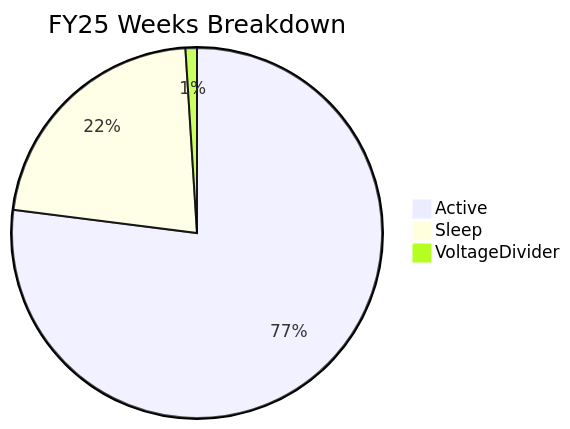
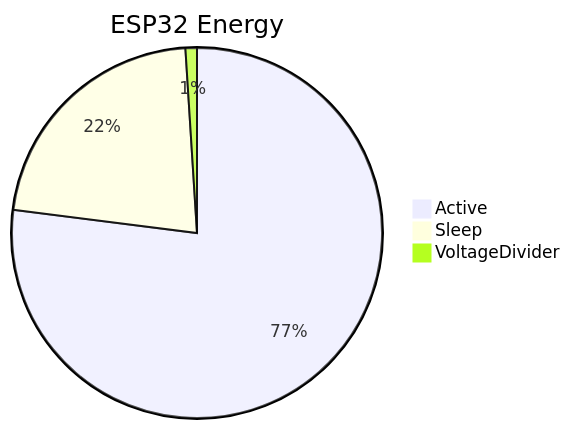
Before and after one commit to JAlcocerT/JAlcocerT: the third of 3 diagrams in content/blog/eng-103.md, drawn with Mermaid. The commit also changed other lines of this file and 7 other files, not shown here.

````diff
--- a/content/blog/eng-103.md
+++ b/content/blog/eng-103.md
@@ -1478,6 +1485,6 @@
 ```mermaid
-pie title FY25 Weeks Breakdown
+pie title ESP32 Energy
          "Active" : 77
          "Sleep" : 22
          "VoltageDivider" : 1
 ```
````
